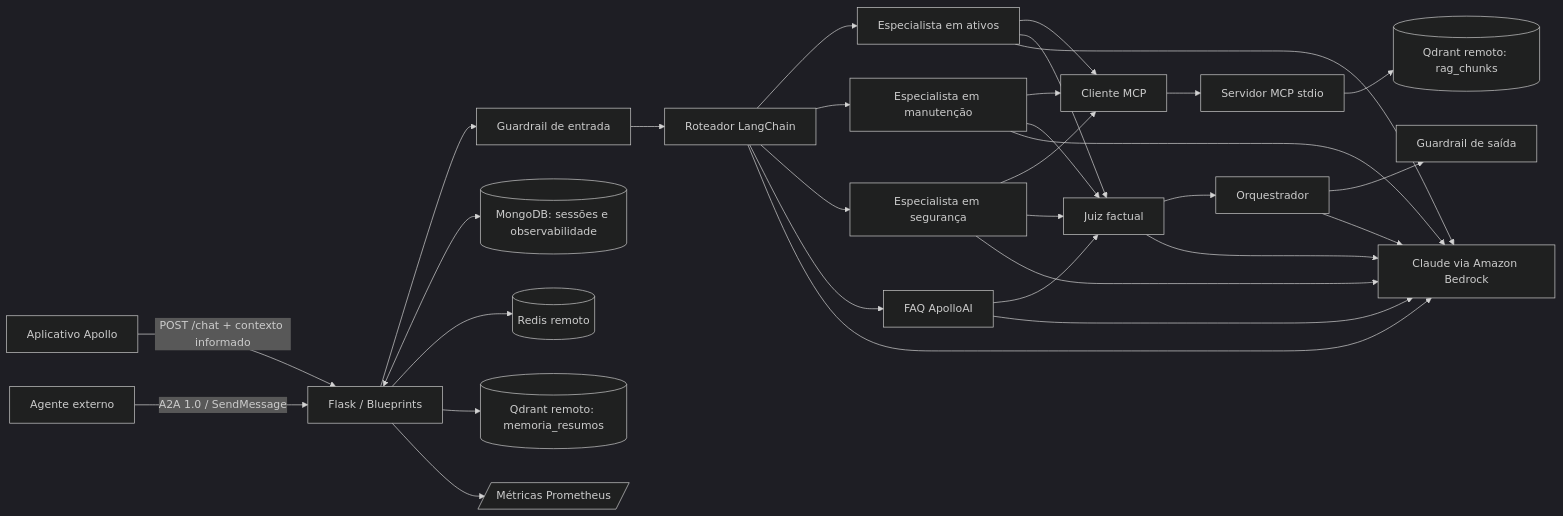
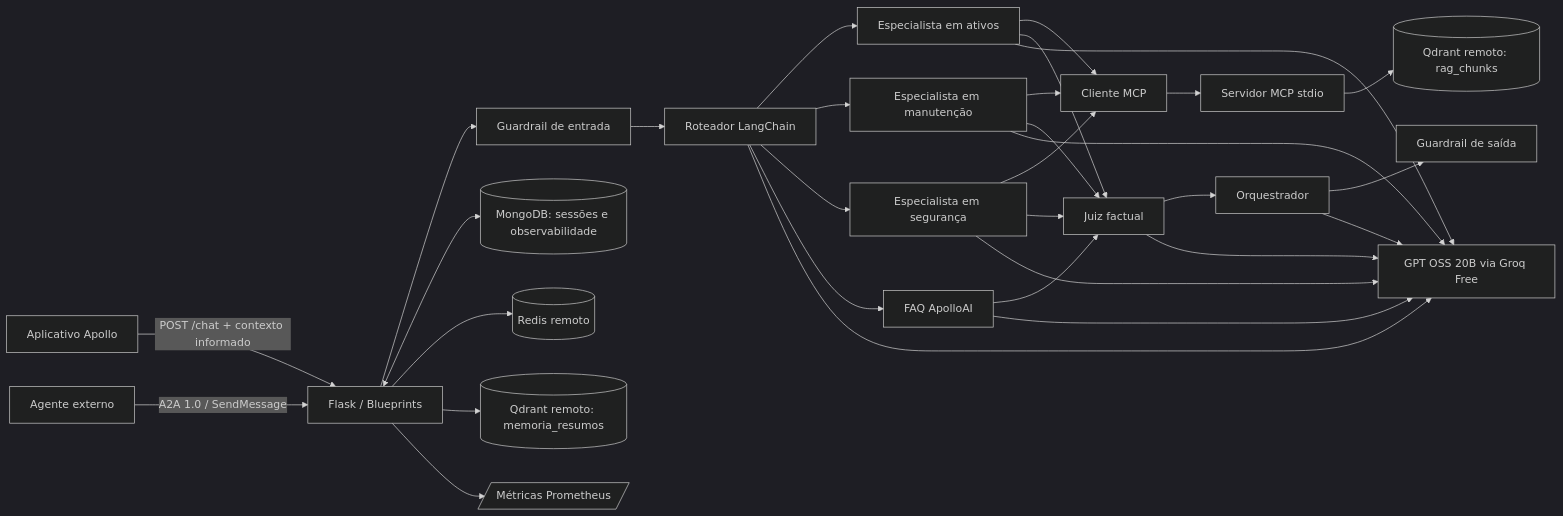
One commit to ApolloOficial/Chatbot-ApolloAI changed the diagram in docs/ARCHITECTURE.md. Above: the diagram before and after it, drawn with Mermaid (dark theme). The commit also changed 17 other files, not shown here.

````diff
--- a/docs/ARCHITECTURE.md
+++ b/docs/ARCHITECTURE.md
@@ -3,22 +3,22 @@
 ```mermaid
 flowchart LR
     Mobile[Aplicativo Apollo] -->|POST /chat + contexto informado| Flask[Flask / Blueprints]
     External[Agente externo] -->|A2A 1.0 / SendMessage| Flask
     Flask --> GE[Guardrail de entrada]
     GE --> R[Roteador LangChain]
     R --> A[Especialista em ativos]
     R --> M[Especialista em manutenção]
     R --> S[Especialista em segurança]
     R --> F[FAQ ApolloAI]
     A & M & S --> MC[Cliente MCP]
     MC --> MS[Servidor MCP stdio]
     MS --> RAG[(Qdrant remoto: rag_chunks)]
     A & M & S & F --> J[Juiz factual]
     J --> O[Orquestrador]
     O --> GS[Guardrail de saída]
     Flask <--> Mongo[(MongoDB: sessões e observabilidade)]
     Flask --> Redis[(Redis remoto)]
     Flask --> QM[(Qdrant remoto: memoria_resumos)]
-    R & A & M & S & F & J & O --> Bedrock[Claude via Amazon Bedrock]
+    R & A & M & S & F & J & O --> Groq[GPT OSS 20B via Groq Free]
     Flask --> Prom[/Métricas Prometheus/]
 ```
````
